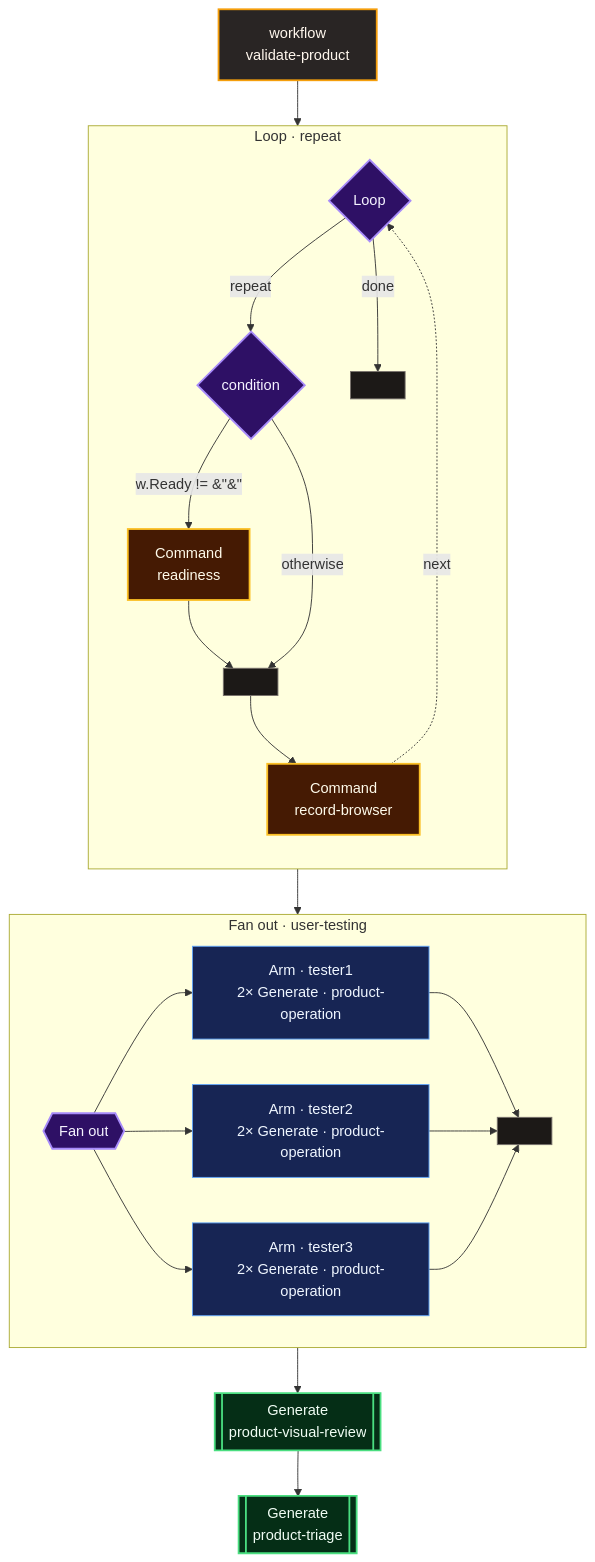
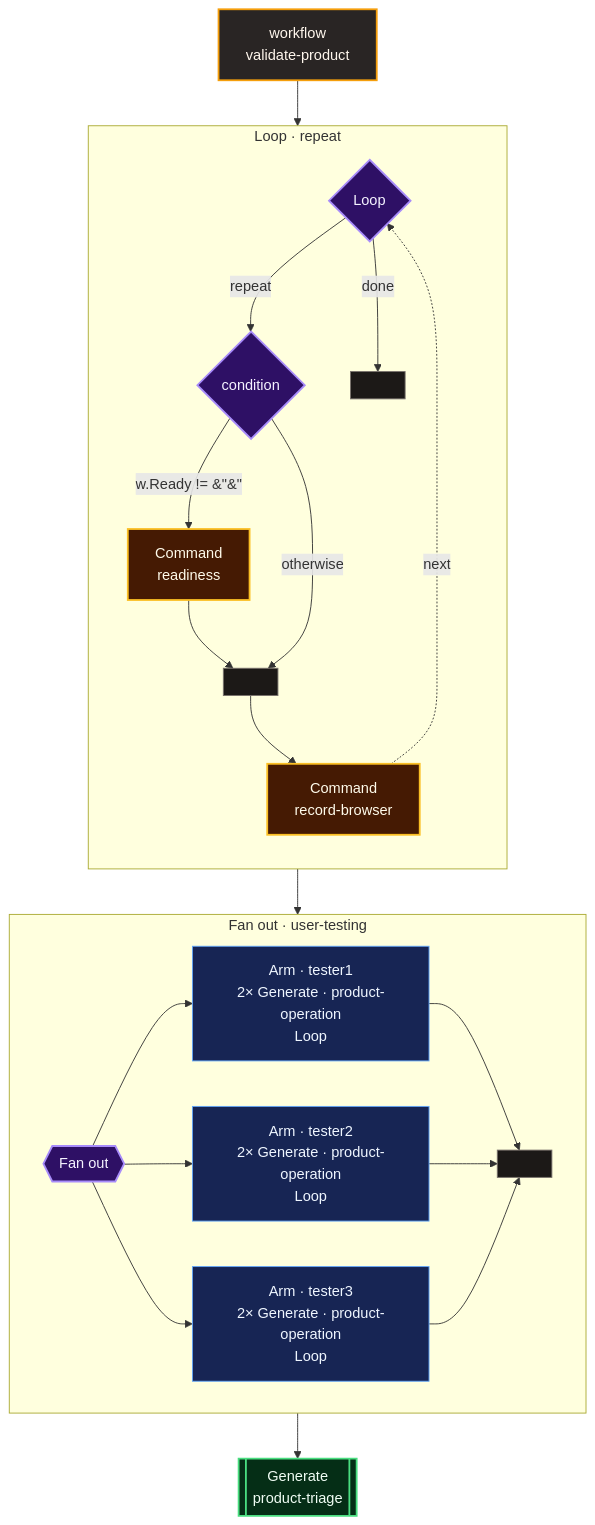
One commit to tylergannon/gimbal changed the diagram in docs-site/src/lib/generated/workflows/validate-product.mmd. Above: the diagram before and after it, drawn with Mermaid. The commit also changed 9 other files, not shown here.

```diff
--- a/docs-site/src/lib/generated/workflows/validate-product.mmd
+++ b/docs-site/src/lib/generated/workflows/validate-product.mmd
@@ -1,48 +1,46 @@
 %% Code generated by gimblegen. DO NOT EDIT.
 flowchart TD
   n1["workflow<br/>validate-product"]:::workflow
   subgraph s2["Loop · repeat"]
     direction TB
     n3{"Loop"}:::structure
     n4[" "]:::boundary
     n5{"condition"}:::structure
     n6[" "]:::boundary
     n7["Command<br/>readiness"]:::command
     n5 -->|"w.Ready != &#34;&#34;"| n7
     n7 --> n6
     n5 -->|"otherwise"| n6
     n8["Command<br/>record-browser"]:::command
     n6 --> n8
     n3 -->|"repeat"| n5
     n8 -. "next" .-> n3
     n3 -->|"done"| n4
   end
   subgraph s9["Fan out · user-testing"]
     direction LR
     n10{{"Fan out"}}:::structure
     n11[" "]:::boundary
-    n12["Arm · tester1<br/>2× Generate · product-operation"]:::arm
+    n12["Arm · tester1<br/>2× Generate · product-operation<br/>Loop"]:::arm
     n10 --> n12
     n12 --> n11
-    n13["Arm · tester2<br/>2× Generate · product-operation"]:::arm
+    n13["Arm · tester2<br/>2× Generate · product-operation<br/>Loop"]:::arm
     n10 --> n13
     n13 --> n11
-    n14["Arm · tester3<br/>2× Generate · product-operation"]:::arm
+    n14["Arm · tester3<br/>2× Generate · product-operation<br/>Loop"]:::arm
     n10 --> n14
     n14 --> n11
   end
   n4 --> n10
-  n15[["Generate<br/>product-visual-review"]]:::generate
+  n15[["Generate<br/>product-triage"]]:::generate
   n11 --> n15
-  n16[["Generate<br/>product-triage"]]:::generate
-  n15 --> n16
   n1 --> n3
   classDef workflow fill:#292524,stroke:#f59e0b,color:#fff7ed,stroke-width:2px
   classDef generate fill:#052e16,stroke:#4ade80,color:#f0fdf4,stroke-width:2px
   classDef interview fill:#3b0764,stroke:#c084fc,color:#faf5ff
   classDef command fill:#451a03,stroke:#fbbf24,color:#fffbeb,stroke-width:2px
   classDef structure fill:#2e1065,stroke:#a78bfa,color:#f5f3ff,stroke-width:2px
   classDef arm fill:#172554,stroke:#60a5fa,color:#eff6ff
   classDef exit fill:#262626,stroke:#a3a3a3,color:#fafafa
   classDef diagnostic fill:#450a0a,stroke:#f87171,color:#fef2f2,stroke-width:2px
   classDef boundary fill:#1c1917,stroke:#78716c,color:#d6d3d1
```
